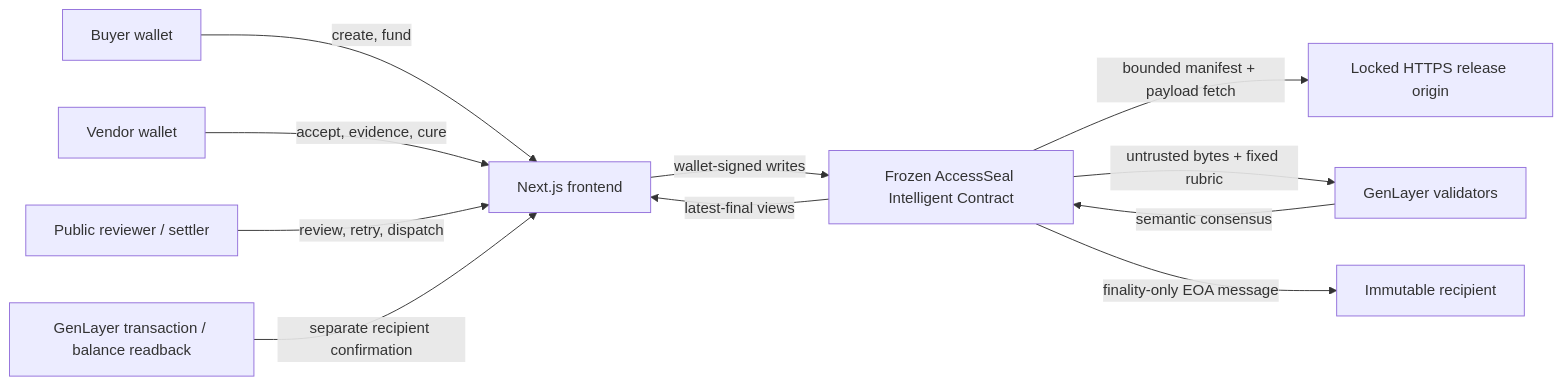
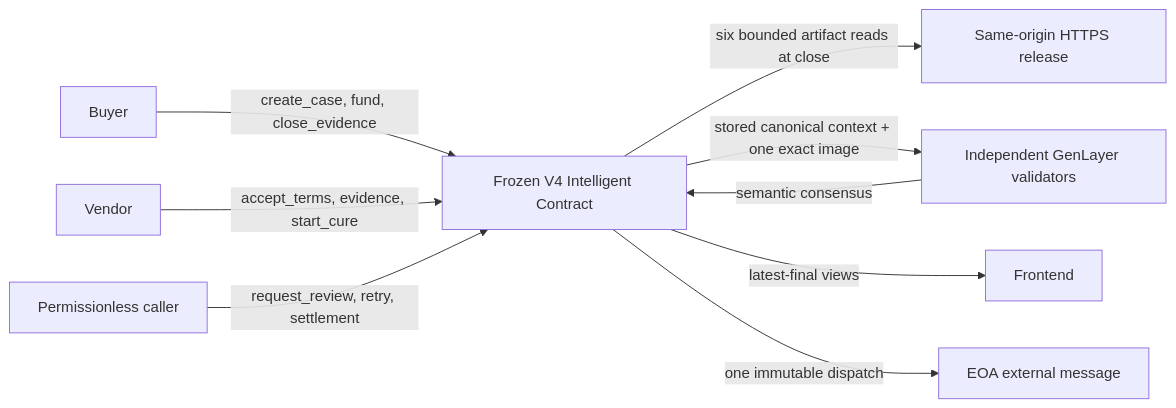
Before and after one commit to tranhop26/accessseal-genlayer: the diagram in docs/architecture.md, drawn with Mermaid. The commit also changed other lines of this file and 10 other files, not shown here.

````diff
--- a/docs/architecture.md
+++ b/docs/architecture.md
@@ -15,13 +7,11 @@
 ```mermaid
 flowchart LR
-  B["Buyer wallet"] -->|"create, fund"| F["Next.js frontend"]
-  V["Vendor wallet"] -->|"accept, evidence, cure"| F
-  P["Public reviewer / settler"] -->|"review, retry, dispatch"| F
-  F -->|"wallet-signed writes"| C["Frozen AccessSeal Intelligent Contract"]
-  C -->|"bounded manifest + payload fetch"| O["Locked HTTPS release origin"]
-  C -->|"untrusted bytes + fixed rubric"| G["GenLayer validators"]
-  G -->|"semantic consensus"| C
-  C -->|"latest-final views"| F
-  C -->|"finality-only EOA message"| R["Immutable recipient"]
-  X["GenLayer transaction / balance readback"] -->|"separate recipient confirmation"| F
+  B[Buyer] -->|create_case, fund, close_evidence| C[Frozen V4 Intelligent Contract]
+  V[Vendor] -->|accept_terms, evidence, start_cure| C
+  R[Permissionless caller] -->|request_review, retry, settlement| C
+  C -->|six bounded artifact reads at close| O[Same-origin HTTPS release]
+  C -->|stored canonical context + one exact image| G[Independent GenLayer validators]
+  G -->|semantic consensus| C
+  C -->|latest-final views| U[Frontend]
+  C -->|one immutable dispatch| E[EOA external message]
 ```
````
